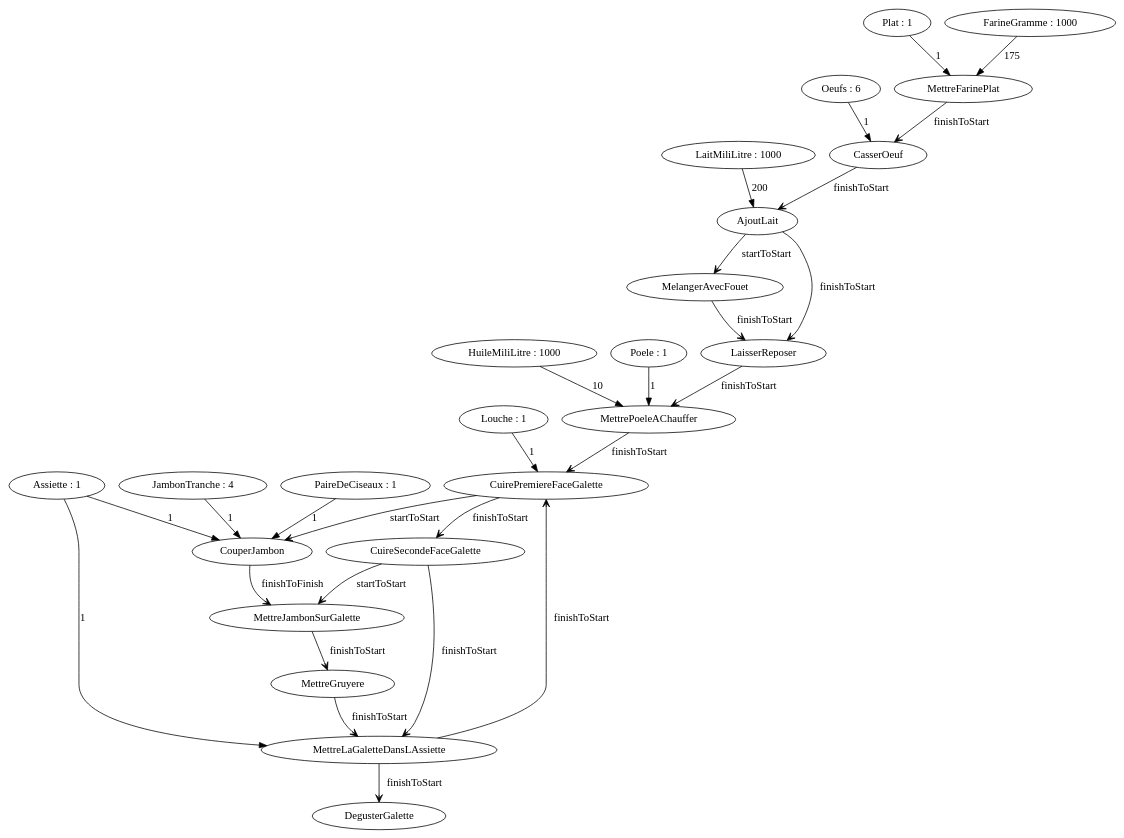
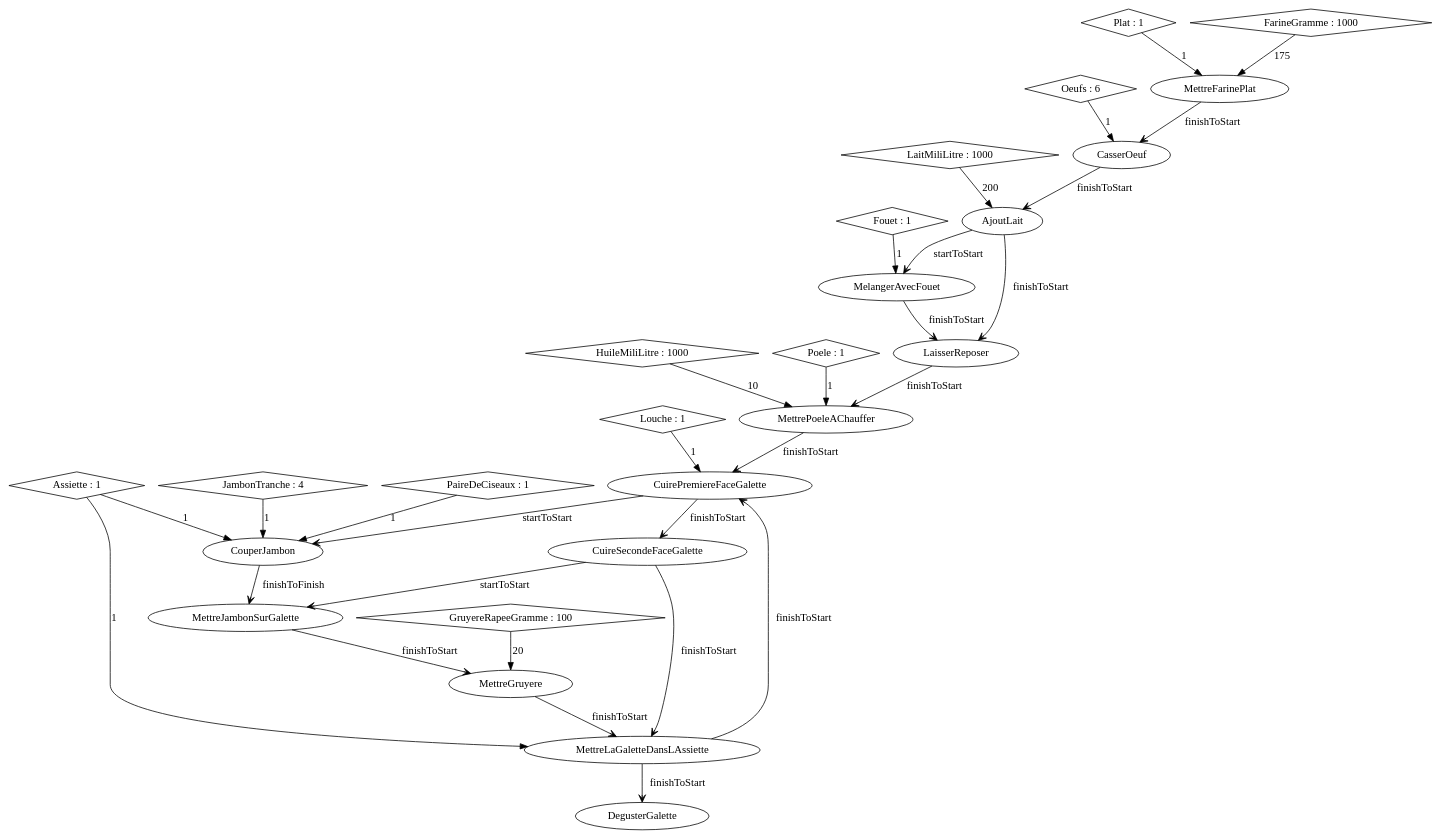
The diagram in TP2/models/PreparationGaletteJambonFromage.dot (Roropey/IDM), drawn with Graphviz before and after one commit. The commit also changed 24 other files, not shown here.

```diff
--- a/TP2/models/PreparationGaletteJambonFromage.dot
+++ b/TP2/models/PreparationGaletteJambonFromage.dot
@@ -1,29 +1,44 @@
 digraph PreparationGaletteJambonFromage {
-	MettreFarinePlat -> CasserOeuf [label=finishToStart arrowhead=vee]
-					"Plat : 1" -> MettreFarinePlat[label=1 arrowhead=normal]
-					"FarineGramme : 1000" -> MettreFarinePlat[label=175 arrowhead=normal]
-	CasserOeuf -> AjoutLait [label=finishToStart arrowhead=vee]
-					"Oeufs : 6" -> CasserOeuf[label=1 arrowhead=normal]
-	AjoutLait -> MelangerAvecFouet [label=startToStart arrowhead=vee]
-	AjoutLait -> LaisserReposer [label=finishToStart arrowhead=vee]
-					"LaitMiliLitre : 1000" -> AjoutLait[label=200 arrowhead=normal]
-	MelangerAvecFouet -> LaisserReposer [label=finishToStart arrowhead=vee]
-	LaisserReposer -> MettrePoeleAChauffer [label=finishToStart arrowhead=vee]
-	MettrePoeleAChauffer -> CuirePremiereFaceGalette [label=finishToStart arrowhead=vee]
-					"HuileMiliLitre : 1000" -> MettrePoeleAChauffer[label=10 arrowhead=normal]
-					"Poele : 1" -> MettrePoeleAChauffer[label=1 arrowhead=normal]
-	CuirePremiereFaceGalette -> CouperJambon [label=startToStart arrowhead=vee]
-	CuirePremiereFaceGalette -> CuireSecondeFaceGalette [label=finishToStart arrowhead=vee]
-					"Louche : 1" -> CuirePremiereFaceGalette[label=1 arrowhead=normal]
-	CouperJambon -> MettreJambonSurGalette [label=finishToFinish arrowhead=vee]
-					"JambonTranche : 4" -> CouperJambon[label=1 arrowhead=normal]
-					"Assiette : 1" -> CouperJambon[label=1 arrowhead=normal]
-					"PaireDeCiseaux : 1" -> CouperJambon[label=1 arrowhead=normal]
-	CuireSecondeFaceGalette -> MettreJambonSurGalette [label=startToStart arrowhead=vee]
-	CuireSecondeFaceGalette -> MettreLaGaletteDansLAssiette [label=finishToStart arrowhead=vee]
-	MettreJambonSurGalette -> MettreGruyere [label=finishToStart arrowhead=vee]
-	MettreGruyere -> MettreLaGaletteDansLAssiette [label=finishToStart arrowhead=vee]
-	MettreLaGaletteDansLAssiette -> DegusterGalette [label=finishToStart arrowhead=vee]
-	MettreLaGaletteDansLAssiette -> CuirePremiereFaceGalette [label=finishToStart arrowhead=vee]
-					"Assiette : 1" -> MettreLaGaletteDansLAssiette[label=1 arrowhead=normal]
+	MettreFarinePlat -> CasserOeuf [label=finishToStart arrowhead=vee ]
+	"Plat : 1" -> MettreFarinePlat[label=1 arrowhead=normal]
+	"Plat : 1" [shape=diamond]
+	"FarineGramme : 1000" -> MettreFarinePlat[label=175 arrowhead=normal]
+	"FarineGramme : 1000" [shape=diamond]
+	CasserOeuf -> AjoutLait [label=finishToStart arrowhead=vee ]
+	"Oeufs : 6" -> CasserOeuf[label=1 arrowhead=normal]
+	"Oeufs : 6" [shape=diamond]
+	AjoutLait -> MelangerAvecFouet [label=startToStart arrowhead=vee ]
+	AjoutLait -> LaisserReposer [label=finishToStart arrowhead=vee ]
+	"LaitMiliLitre : 1000" -> AjoutLait[label=200 arrowhead=normal]
+	"LaitMiliLitre : 1000" [shape=diamond]
+	MelangerAvecFouet -> LaisserReposer [label=finishToStart arrowhead=vee ]
+	"Fouet : 1" -> MelangerAvecFouet[label=1 arrowhead=normal]
+	"Fouet : 1" [shape=diamond]
+	LaisserReposer -> MettrePoeleAChauffer [label=finishToStart arrowhead=vee ]
+	MettrePoeleAChauffer -> CuirePremiereFaceGalette [label=finishToStart arrowhead=vee ]
+	"HuileMiliLitre : 1000" -> MettrePoeleAChauffer[label=10 arrowhead=normal]
+	"HuileMiliLitre : 1000" [shape=diamond]
+	"Poele : 1" -> MettrePoeleAChauffer[label=1 arrowhead=normal]
+	"Poele : 1" [shape=diamond]
+	CuirePremiereFaceGalette -> CouperJambon [label=startToStart arrowhead=vee ]
+	CuirePremiereFaceGalette -> CuireSecondeFaceGalette [label=finishToStart arrowhead=vee ]
+	"Louche : 1" -> CuirePremiereFaceGalette[label=1 arrowhead=normal]
+	"Louche : 1" [shape=diamond]
+	CouperJambon -> MettreJambonSurGalette [label=finishToFinish arrowhead=vee ]
+	"JambonTranche : 4" -> CouperJambon[label=1 arrowhead=normal]
+	"JambonTranche : 4" [shape=diamond]
+	"Assiette : 1" -> CouperJambon[label=1 arrowhead=normal]
+	"Assiette : 1" [shape=diamond]
+	"PaireDeCiseaux : 1" -> CouperJambon[label=1 arrowhead=normal]
+	"PaireDeCiseaux : 1" [shape=diamond]
+	CuireSecondeFaceGalette -> MettreJambonSurGalette [label=startToStart arrowhead=vee ]
+	CuireSecondeFaceGalette -> MettreLaGaletteDansLAssiette [label=finishToStart arrowhead=vee ]
+	MettreJambonSurGalette -> MettreGruyere [label=finishToStart arrowhead=vee ]
+	MettreGruyere -> MettreLaGaletteDansLAssiette [label=finishToStart arrowhead=vee ]
+	"GruyereRapeeGramme : 100" -> MettreGruyere[label=20 arrowhead=normal]
+	"GruyereRapeeGramme : 100" [shape=diamond]
+	MettreLaGaletteDansLAssiette -> DegusterGalette [label=finishToStart arrowhead=vee ]
+	MettreLaGaletteDansLAssiette -> CuirePremiereFaceGalette [label=finishToStart arrowhead=vee ]
+	"Assiette : 1" -> MettreLaGaletteDansLAssiette[label=1 arrowhead=normal]
+	"Assiette : 1" [shape=diamond]
 }
```
